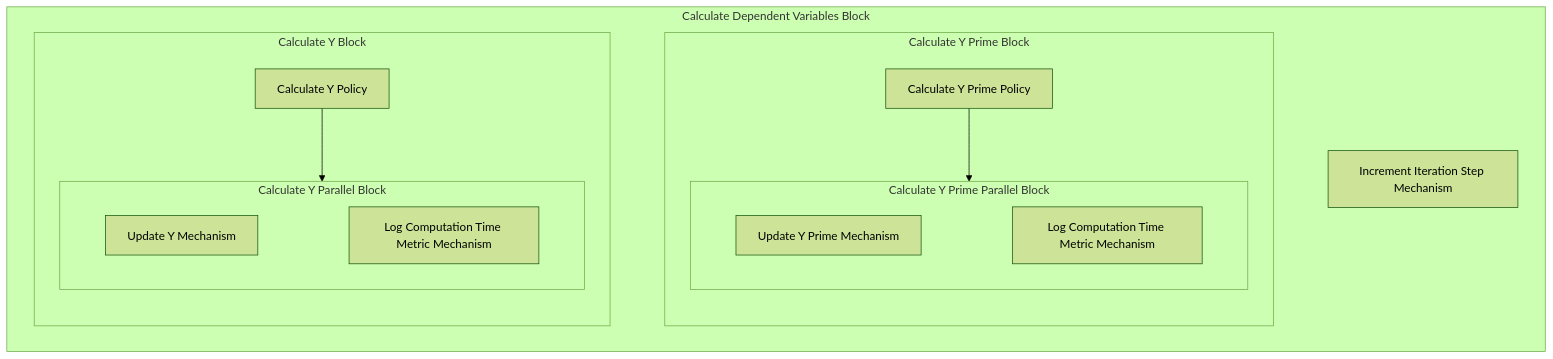
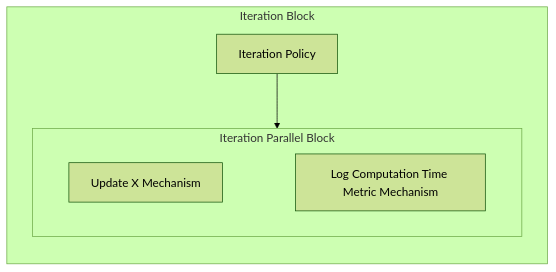
One commit to SeanMcOwen/Root-Finding-Simulation changed the diagram in MSML/dev/Temp Diagram.md. Above: the diagram before and after it, drawn with Mermaid (forest theme). The commit also changed 5 other files, not shown here.

Commit message:
Add iteration block

````diff
--- a/MSML/dev/Temp Diagram.md
+++ b/MSML/dev/Temp Diagram.md
@@ -1,31 +1,14 @@
 ```mermaid
 graph TB
-subgraph X12[Calculate Dependent Variables Block]
+subgraph X5[Iteration Block]
+direction TB
+X1[Iteration Policy]
+subgraph X4[Iteration Parallel Block]
 direction LR
-subgraph X5[Calculate Y Block]
-direction TB
-X1[Calculate Y Policy]
-subgraph X4[Calculate Y Parallel Block]
-direction LR
-X2[Update Y Mechanism]
+X2[Update X Mechanism]
 X3[Log Computation Time Metric Mechanism]
 X2 ~~~ X3
 end
 X1-->X4
 end
-subgraph X10[Calculate Y Prime Block]
-direction TB
-X6[Calculate Y Prime Policy]
-subgraph X9[Calculate Y Prime Parallel Block]
-direction LR
-X7[Update Y Prime Mechanism]
-X8[Log Computation Time Metric Mechanism]
-X7 ~~~ X8
-end
-X6-->X9
-end
-X11[Increment Iteration Step Mechanism]
-X5 ~~~ X10
-X10 ~~~ X11
-end
 ```
````
